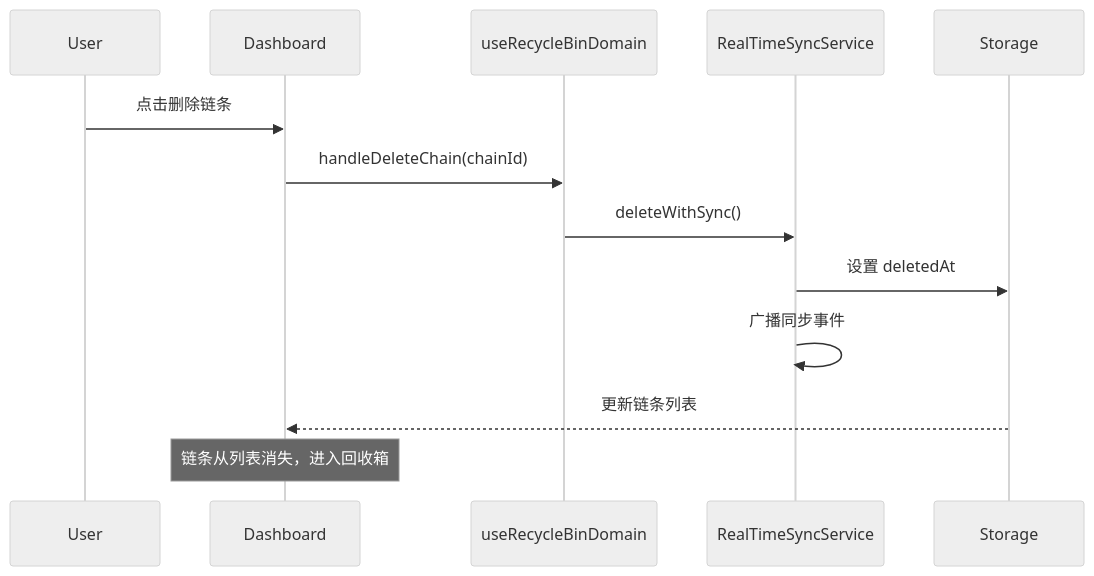
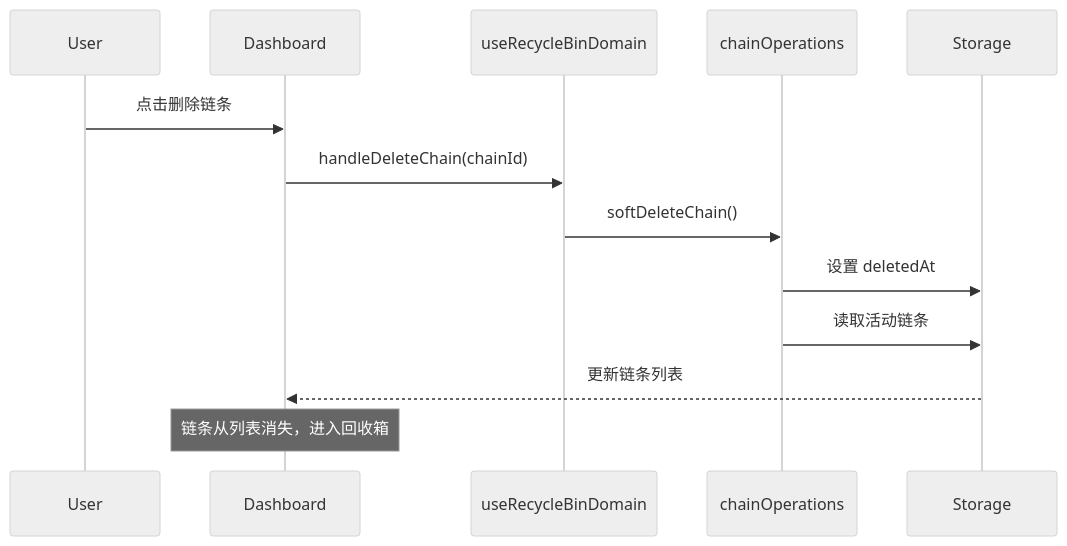
One commit to KenXiao1/momentum changed the first of 3 diagrams in docs/features/DOMAIN_RECYCLE_BIN.md. Above: the diagram before and after it, drawn with Mermaid (neutral theme). The commit also changed other lines of this file and 142 other files, not shown here.

````diff
--- a/docs/features/DOMAIN_RECYCLE_BIN.md
+++ b/docs/features/DOMAIN_RECYCLE_BIN.md
@@ -60,16 +59,16 @@
 ```mermaid
 sequenceDiagram
     participant User
     participant Dashboard
     participant useRecycleBinDomain
-    participant RealTimeSyncService
+    participant chainOperations
     participant Storage
 
     User->>Dashboard: 点击删除链条
     Dashboard->>useRecycleBinDomain: handleDeleteChain(chainId)
-    useRecycleBinDomain->>RealTimeSyncService: deleteWithSync()
-    RealTimeSyncService->>Storage: 设置 deletedAt
-    RealTimeSyncService->>RealTimeSyncService: 广播同步事件
+    useRecycleBinDomain->>chainOperations: softDeleteChain()
+    chainOperations->>Storage: 设置 deletedAt
+    chainOperations->>Storage: 读取活动链条
     Storage-->>Dashboard: 更新链条列表
     Note over Dashboard: 链条从列表消失，进入回收箱
 ```
````
